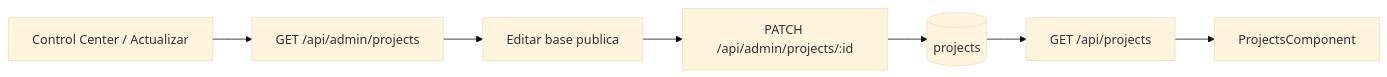
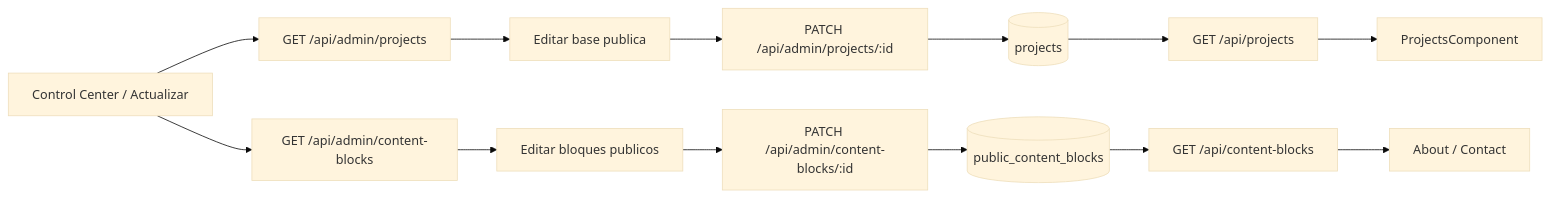
One commit to fernandogferreyra/portfolio-profesional changed the diagram in docs/features/public-content-admin.md. Above: the diagram before and after it, drawn with Mermaid (base theme). The commit also changed other lines of this file and 21 other files, not shown here.

Commit message:
feat: add public content cms blocks

````diff
--- a/docs/features/public-content-admin.md
+++ b/docs/features/public-content-admin.md
@@ -113,9 +150,15 @@
 ```mermaid
 flowchart LR
   Admin[Control Center / Actualizar] --> List[GET /api/admin/projects]
   List --> Edit[Editar base publica]
   Edit --> Save[PATCH /api/admin/projects/:id]
   Save --> DB[(projects)]
   DB --> Public[GET /api/projects]
   Public --> Portfolio[ProjectsComponent]
+  Admin --> Blocks[GET /api/admin/content-blocks]
+  Blocks --> EditBlocks[Editar bloques publicos]
+  EditBlocks --> SaveBlocks[PATCH /api/admin/content-blocks/:id]
+  SaveBlocks --> ContentDB[(public_content_blocks)]
+  ContentDB --> PublicBlocks[GET /api/content-blocks]
+  PublicBlocks --> AboutContact[About / Contact]
 ```
````
